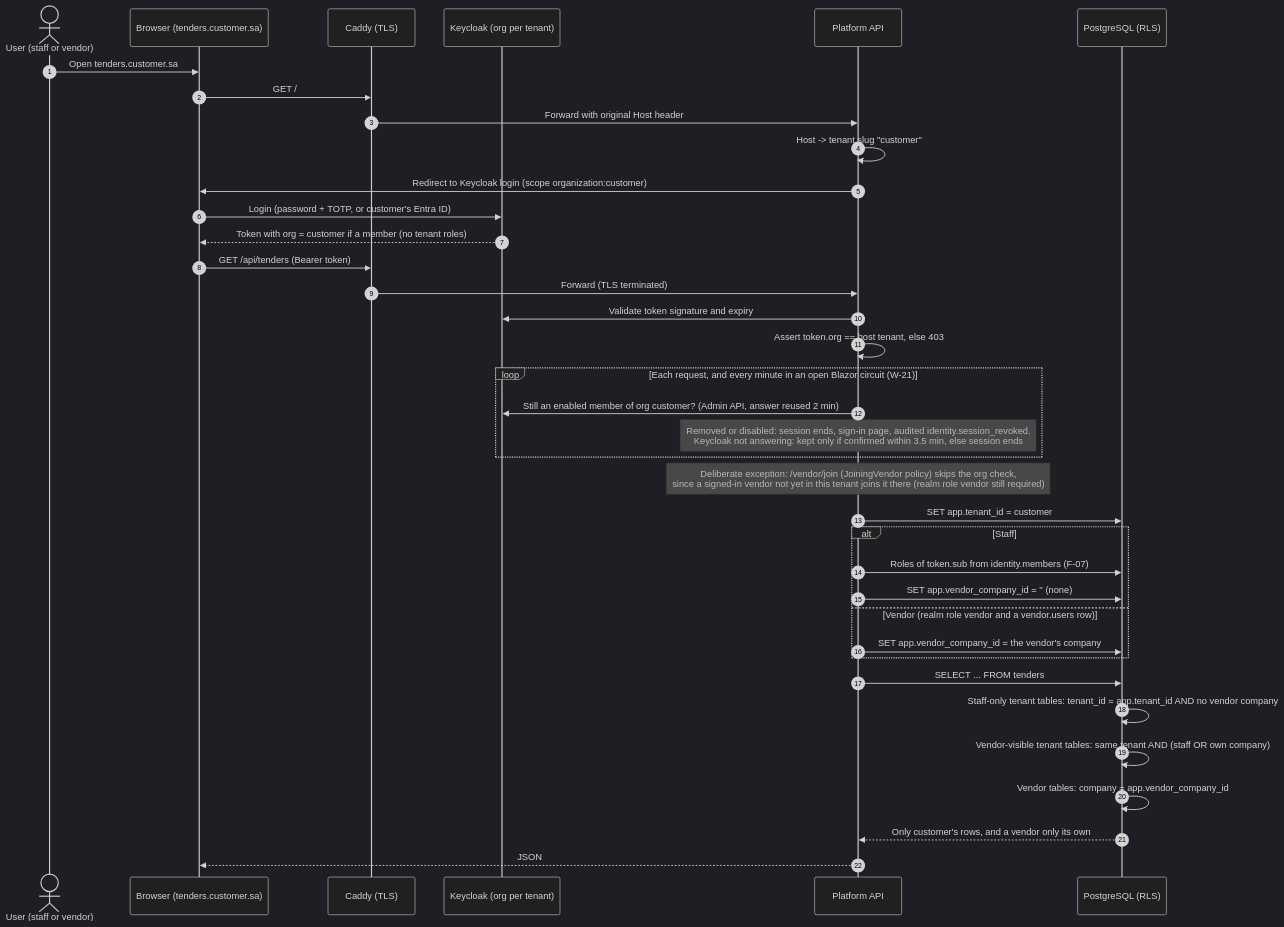
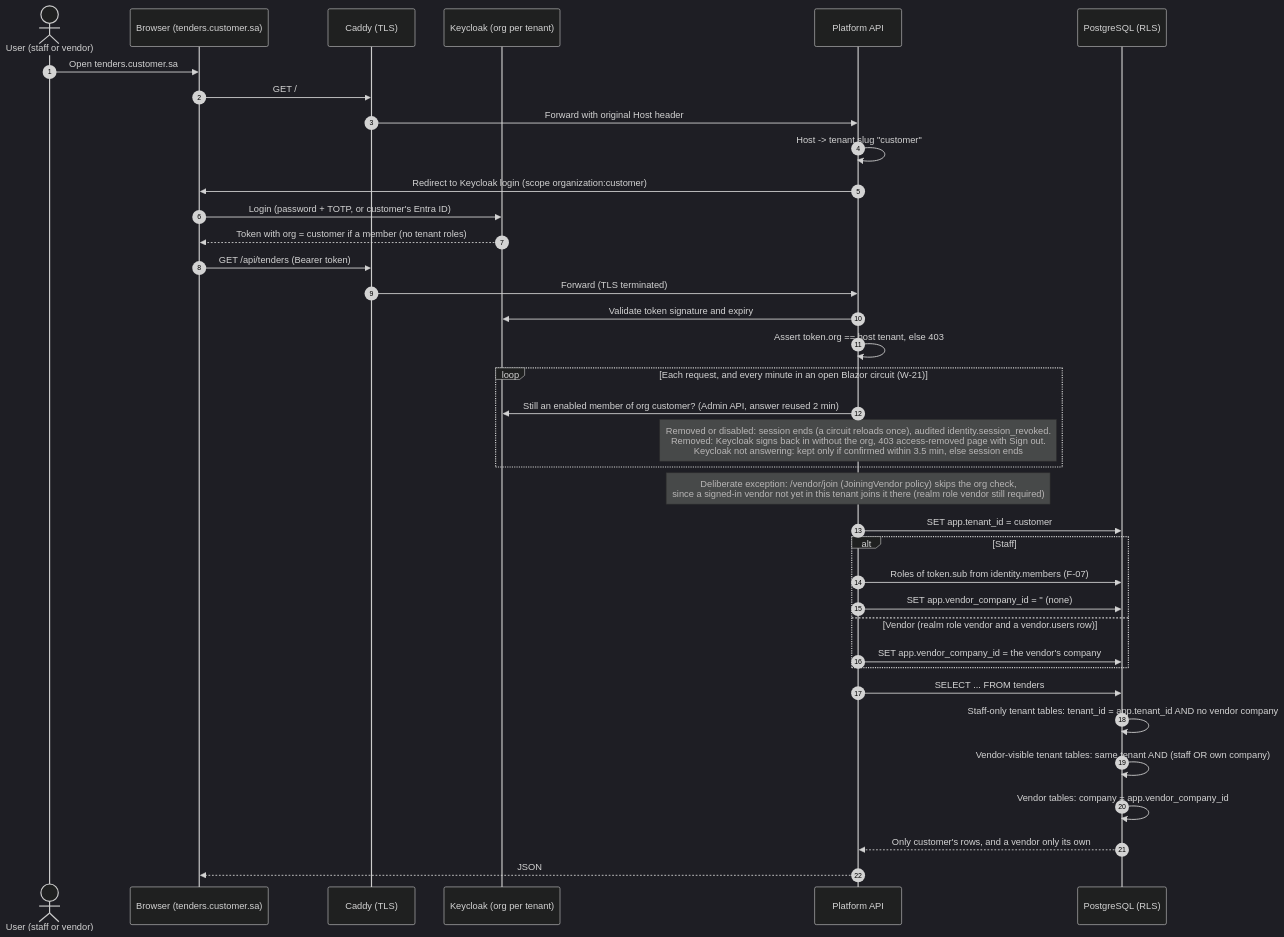
Before and after one commit to AhmedAssaf/ERP: the fifth of 13 diagrams in docs/03-diagrams.md, drawn with Mermaid (dark theme). The commit also changed 1 other file, not shown here.

Commit message:
docs/09, docs/03: W-21 one reload per ended circuit, access-removed page

````diff
--- a/docs/03-diagrams.md
+++ b/docs/03-diagrams.md
@@ -167,40 +167,40 @@
 ```mermaid
 sequenceDiagram
     autonumber
     actor U as User (staff or vendor)
     participant B as Browser (tenders.customer.sa)
     participant GW as Caddy (TLS)
     participant KC as Keycloak (org per tenant)
     participant API as Platform API
     participant DB as PostgreSQL (RLS)
 
     U->>B: Open tenders.customer.sa
     B->>GW: GET /
     GW->>API: Forward with original Host header
     API->>API: Host -> tenant slug "customer"
     API->>B: Redirect to Keycloak login (scope organization:customer)
     B->>KC: Login (password + TOTP, or customer's Entra ID)
     KC-->>B: Token with org = customer if a member (no tenant roles)
     B->>GW: GET /api/tenders (Bearer token)
     GW->>API: Forward (TLS terminated)
     API->>KC: Validate token signature and expiry
     API->>API: Assert token.org == host tenant, else 403
     loop Each request, and every minute in an open Blazor circuit (W-21)
         API->>KC: Still an enabled member of org customer? (Admin API, answer reused 2 min)
-        Note over API: Removed or disabled: session ends, sign-in page, audited identity.session_revoked.<br/>Keycloak not answering: kept only if confirmed within 3.5 min, else session ends
+        Note over API: Removed or disabled: session ends (a circuit reloads once), audited identity.session_revoked.<br/>Removed: Keycloak signs back in without the org, 403 access-removed page with Sign out.<br/>Keycloak not answering: kept only if confirmed within 3.5 min, else session ends
     end
     Note over API: Deliberate exception: /vendor/join (JoiningVendor policy) skips the org check,<br/>since a signed-in vendor not yet in this tenant joins it there (realm role vendor still required)
     API->>DB: SET app.tenant_id = customer
     alt Staff
         API->>DB: Roles of token.sub from identity.members (F-07)
         API->>DB: SET app.vendor_company_id = '' (none)
     else Vendor (realm role vendor and a vendor.users row)
         API->>DB: SET app.vendor_company_id = the vendor's company
     end
     API->>DB: SELECT ... FROM tenders
     DB->>DB: Staff-only tenant tables: tenant_id = app.tenant_id AND no vendor company
     DB->>DB: Vendor-visible tenant tables: same tenant AND (staff OR own company)
     DB->>DB: Vendor tables: company = app.vendor_company_id
     DB-->>API: Only customer's rows, and a vendor only its own
     API-->>B: JSON
 ```
````
